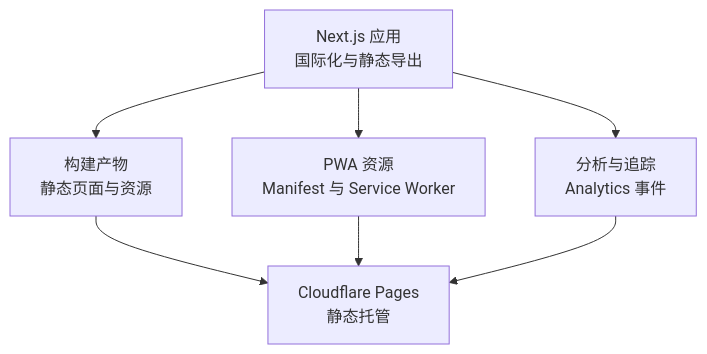
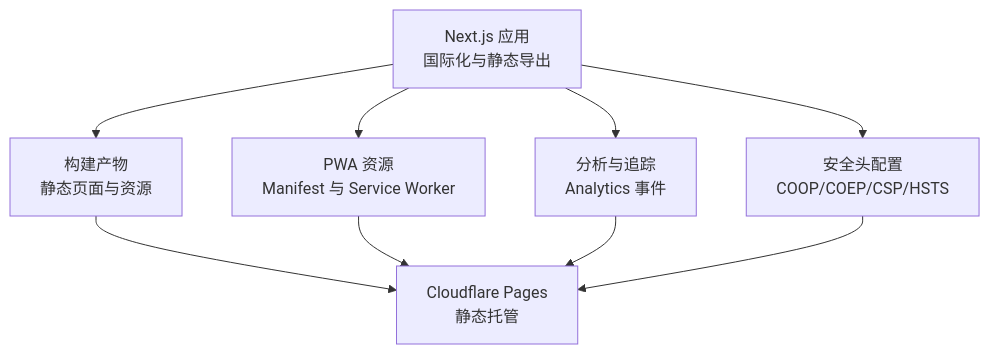
Before and after one commit to sgyy/privadeck: the first of 8 diagrams in .qoder/repowiki/zh/content/部署与维护.md, drawn with Mermaid. The commit also changed other lines of this file and 3 other files, not shown here.

````diff
--- a/.qoder/repowiki/zh/content/部署与维护.md
+++ b/.qoder/repowiki/zh/content/部署与维护.md
@@ -45,9 +51,11 @@
 ```mermaid
 graph TB
 A["Next.js 应用<br/>国际化与静态导出"] --> B["构建产物<br/>静态页面与资源"]
 B --> C["Cloudflare Pages<br/>静态托管"]
 A --> D["PWA 资源<br/>Manifest 与 Service Worker"]
 D --> C
 A --> E["分析与追踪<br/>Analytics 事件"]
 E --> C
+A --> F["安全头配置<br/>COOP/COEP/CSP/HSTS"]
+F --> C
 ```
````
